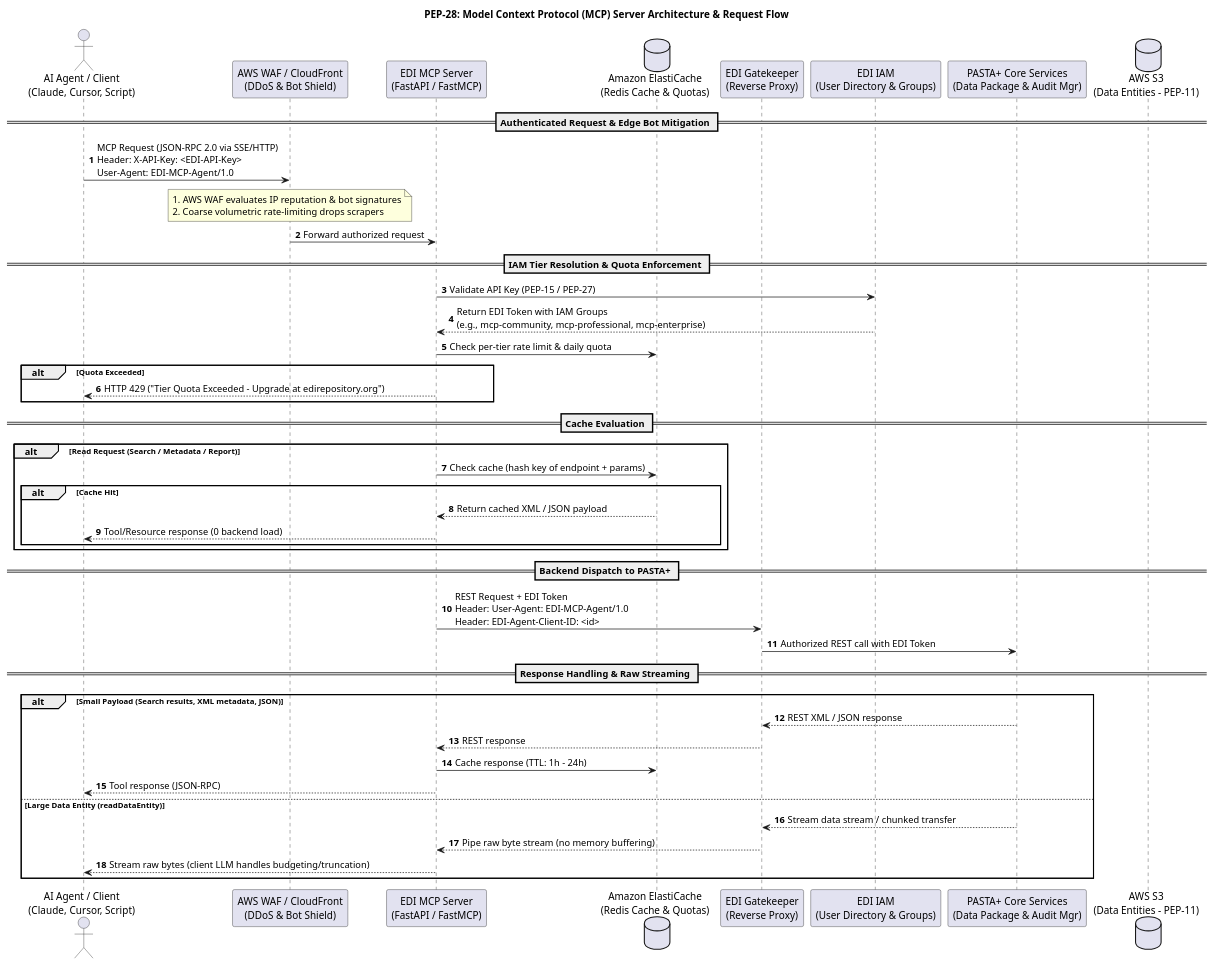
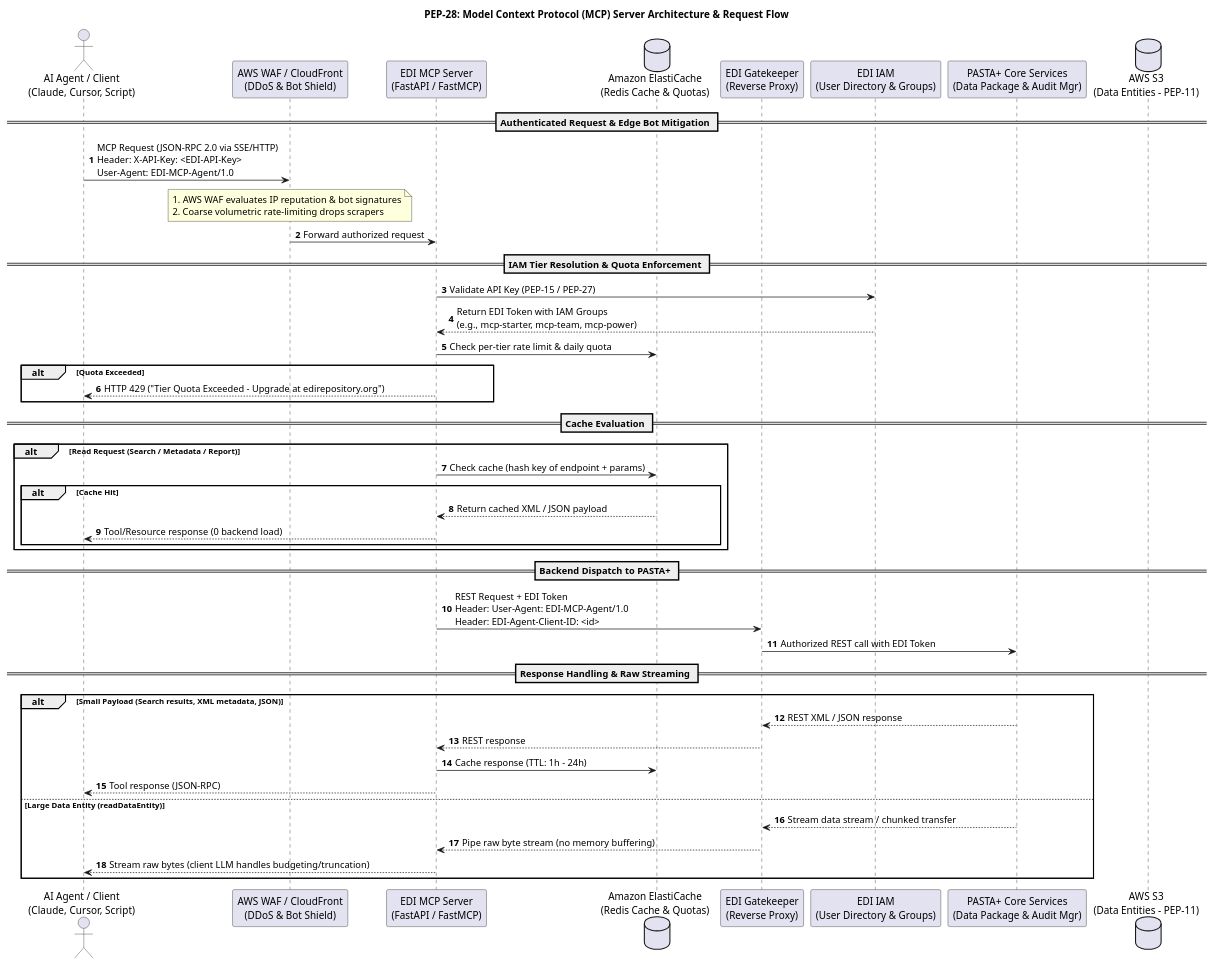
The diagram in peps/puml/pep28-mcp_architecture.puml (PASTAplus/PEP), drawn with PlantUML before and after one commit. The commit also changed 1 other file, not shown here.

```diff
--- a/peps/puml/pep28-mcp_architecture.puml
+++ b/peps/puml/pep28-mcp_architecture.puml
@@ -1,56 +1,56 @@
 @startuml
 title PEP-28: Model Context Protocol (MCP) Server Architecture & Request Flow
 
 actor "AI Agent / Client\n(Claude, Cursor, Script)" as Client
 participant "AWS WAF / CloudFront\n(DDoS & Bot Shield)" as WAF
 participant "EDI MCP Server\n(FastAPI / FastMCP)" as MCP
 database "Amazon ElastiCache\n(Redis Cache & Quotas)" as Cache
 participant "EDI Gatekeeper\n(Reverse Proxy)" as Gatekeeper
 participant "EDI IAM\n(User Directory & Groups)" as IAM
 participant "PASTA+ Core Services\n(Data Package & Audit Mgr)" as PASTA
 database "AWS S3\n(Data Entities - PEP-11)" as S3
 
 autonumber
 
 == Authenticated Request & Edge Bot Mitigation ==
 Client -> WAF: MCP Request (JSON-RPC 2.0 via SSE/HTTP)\nHeader: X-API-Key: <EDI-API-Key>\nUser-Agent: EDI-MCP-Agent/1.0
 note over WAF
   1. AWS WAF evaluates IP reputation & bot signatures
   2. Coarse volumetric rate-limiting drops scrapers
 end note
 WAF -> MCP: Forward authorized request
 
 == IAM Tier Resolution & Quota Enforcement ==
 MCP -> IAM: Validate API Key (PEP-15 / PEP-27)
-IAM --> MCP: Return EDI Token with IAM Groups\n(e.g., mcp-community, mcp-professional, mcp-enterprise)
+IAM --> MCP: Return EDI Token with IAM Groups\n(e.g., mcp-starter, mcp-team, mcp-power)
 MCP -> Cache: Check per-tier rate limit & daily quota
 alt Quota Exceeded
   MCP --> Client: HTTP 429 ("Tier Quota Exceeded - Upgrade at edirepository.org")
 end
 
 == Cache Evaluation ==
 alt Read Request (Search / Metadata / Report)
   MCP -> Cache: Check cache (hash key of endpoint + params)
   alt Cache Hit
     Cache --> MCP: Return cached XML / JSON payload
     MCP --> Client: Tool/Resource response (0 backend load)
   end
 end
 
 == Backend Dispatch to PASTA+ ==
 MCP -> Gatekeeper: REST Request + EDI Token\nHeader: User-Agent: EDI-MCP-Agent/1.0\nHeader: EDI-Agent-Client-ID: <id>
 Gatekeeper -> PASTA: Authorized REST call with EDI Token
 
 == Response Handling & Raw Streaming ==
 alt Small Payload (Search results, XML metadata, JSON)
   PASTA --> Gatekeeper: REST XML / JSON response
   Gatekeeper --> MCP: REST response
   MCP -> Cache: Cache response (TTL: 1h - 24h)
   MCP --> Client: Tool response (JSON-RPC)
 else Large Data Entity (readDataEntity)
   PASTA --> Gatekeeper: Stream data stream / chunked transfer
   Gatekeeper --> MCP: Pipe raw byte stream (no memory buffering)
   MCP --> Client: Stream raw bytes (client LLM handles budgeting/truncation)
 end
 
 @enduml
```
